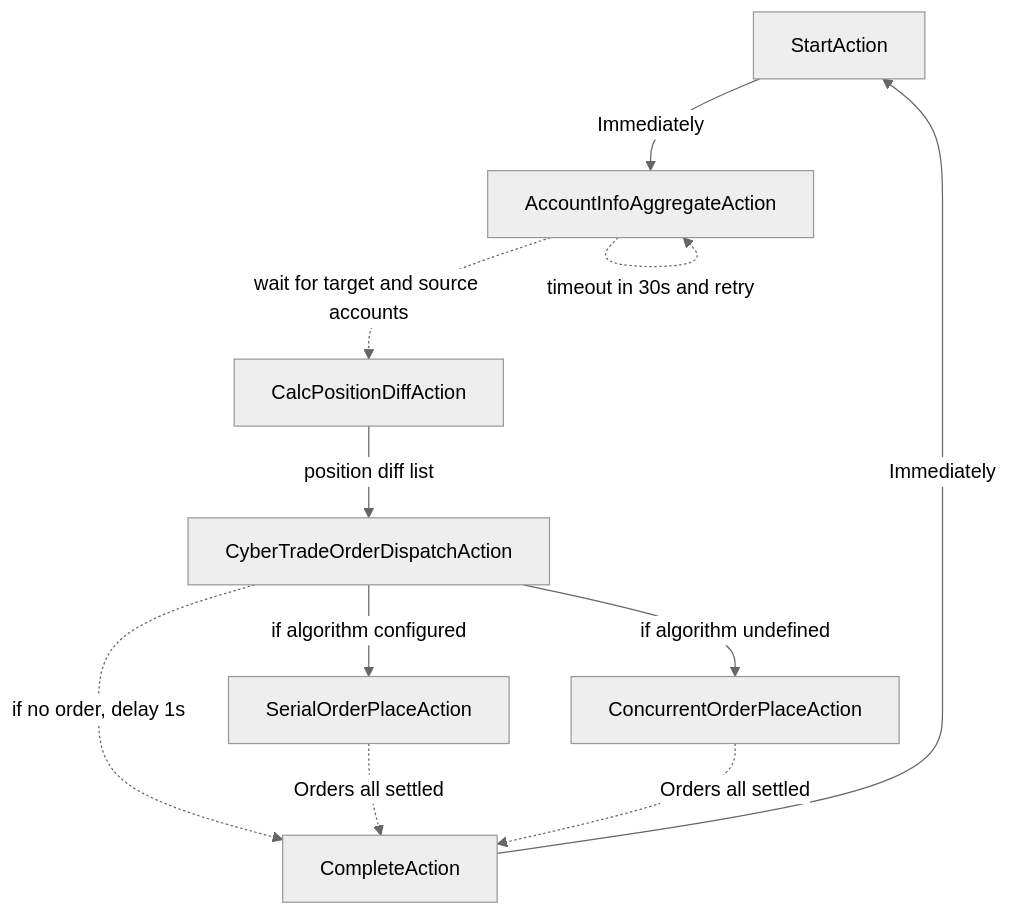
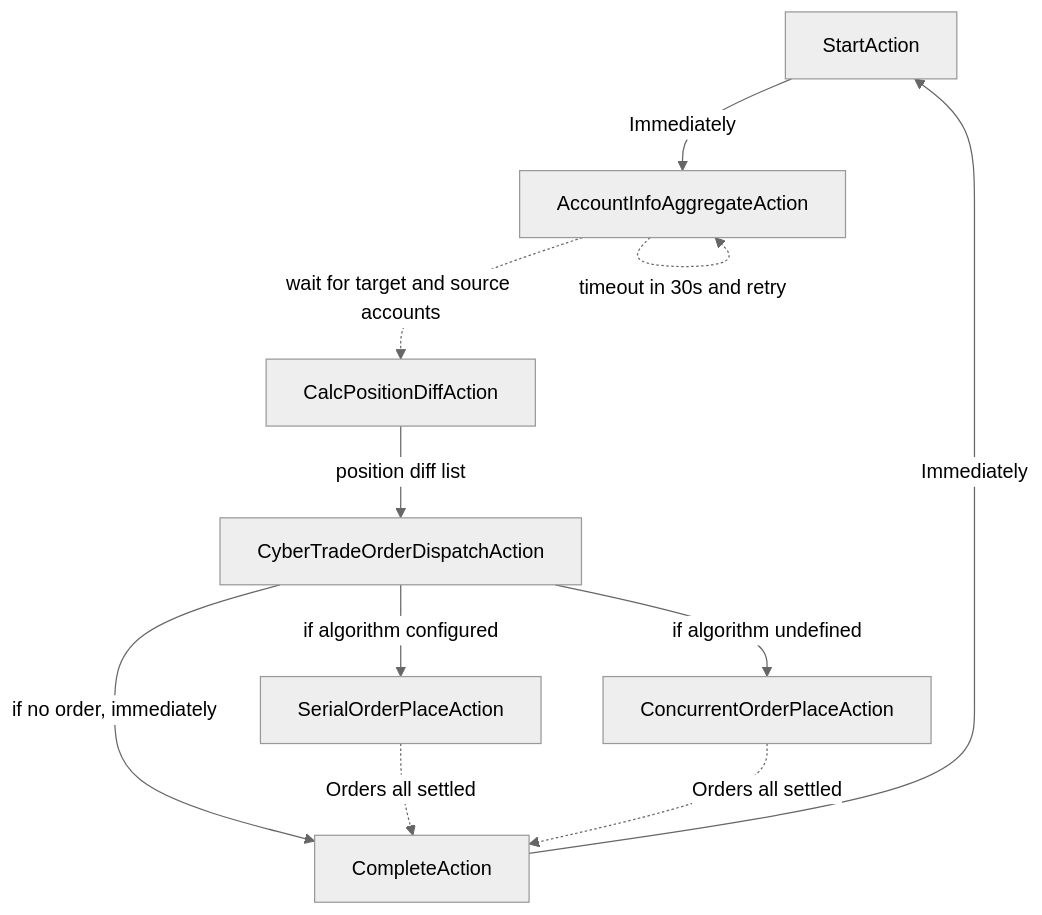
One commit to No-Trade-No-Life/Yuan changed the second of 2 diagrams in apps/trade-copier/README.md. Above: the diagram before and after it, drawn with Mermaid (neutral theme). The commit also changed 3 other files, not shown here.

First line of the commit message:
feat(trade-copier): cancel wait 1s if no order to be send

````diff
--- a/apps/trade-copier/README.md
+++ b/apps/trade-copier/README.md
@@ -47,13 +47,13 @@
 ```mermaid
 graph TD;
 StartAction -->|Immediately| AccountInfoAggregateAction;
 AccountInfoAggregateAction -.->|wait for target and source accounts| CalcPositionDiffAction;
 AccountInfoAggregateAction -.->|timeout in 30s and retry| AccountInfoAggregateAction;
 CalcPositionDiffAction -->|position diff list| CyberTradeOrderDispatchAction;
-CyberTradeOrderDispatchAction -.->|if no order, delay 1s| CompleteAction;
+CyberTradeOrderDispatchAction -->|if no order, immediately| CompleteAction;
 CyberTradeOrderDispatchAction -->|if algorithm configured| SerialOrderPlaceAction;
 CyberTradeOrderDispatchAction -->|if algorithm undefined| ConcurrentOrderPlaceAction;
 SerialOrderPlaceAction -.->|Orders all settled| CompleteAction;
 ConcurrentOrderPlaceAction -.->|Orders all settled| CompleteAction;
 CompleteAction -->|Immediately| StartAction;
 ```
````
